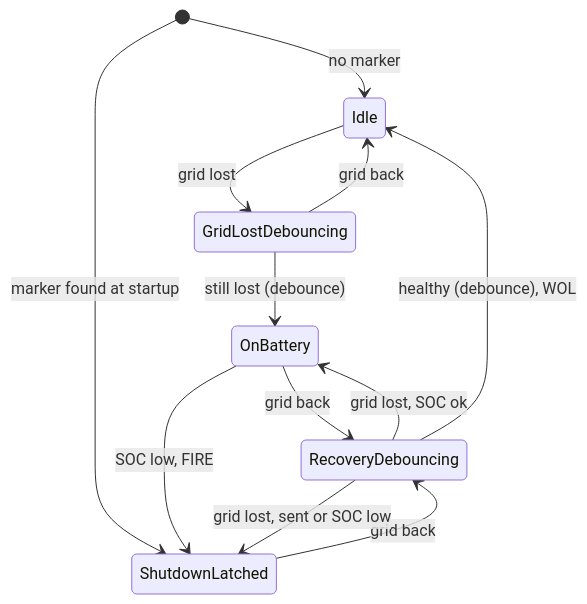
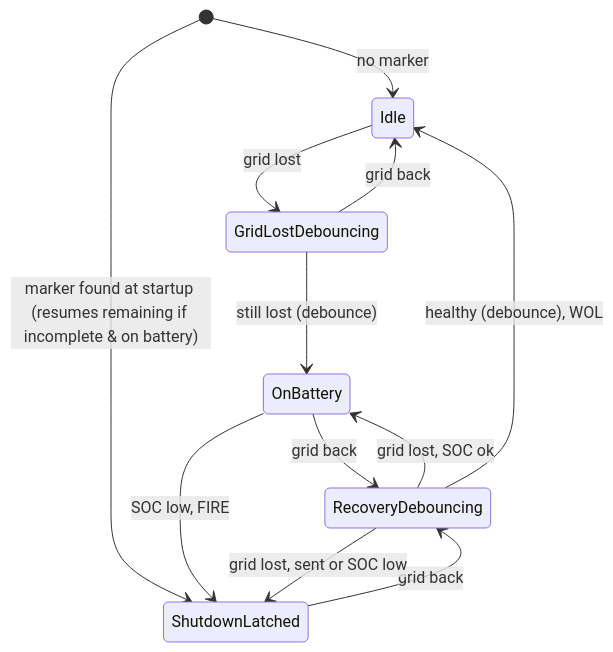
The third of 3 diagrams in README.md (dimon757/modbus-ups-nut), drawn with Mermaid before and after one commit. The commit also changed other lines of this file and 10 other files, not shown here.

````diff
--- a/README.md
+++ b/README.md
@@ -98,14 +101,14 @@
 ```mermaid
 stateDiagram-v2
     [*] --> Idle : no marker
-    [*] --> ShutdownLatched : marker found at startup
+    [*] --> ShutdownLatched : marker found at startup (resumes remaining if incomplete & on battery)
     Idle --> GridLostDebouncing : grid lost
     GridLostDebouncing --> Idle : grid back
     GridLostDebouncing --> OnBattery : still lost (debounce)
     OnBattery --> RecoveryDebouncing : grid back
     OnBattery --> ShutdownLatched : SOC low, FIRE
     ShutdownLatched --> RecoveryDebouncing : grid back
     RecoveryDebouncing --> ShutdownLatched : grid lost, sent or SOC low
     RecoveryDebouncing --> OnBattery : grid lost, SOC ok
     RecoveryDebouncing --> Idle : healthy (debounce), WOL
 ```
````
